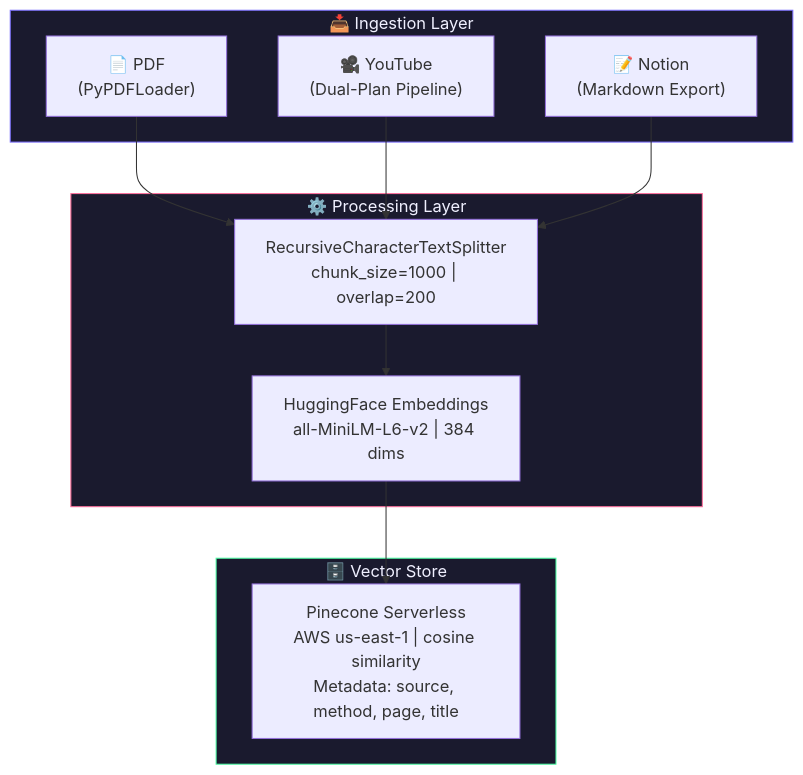
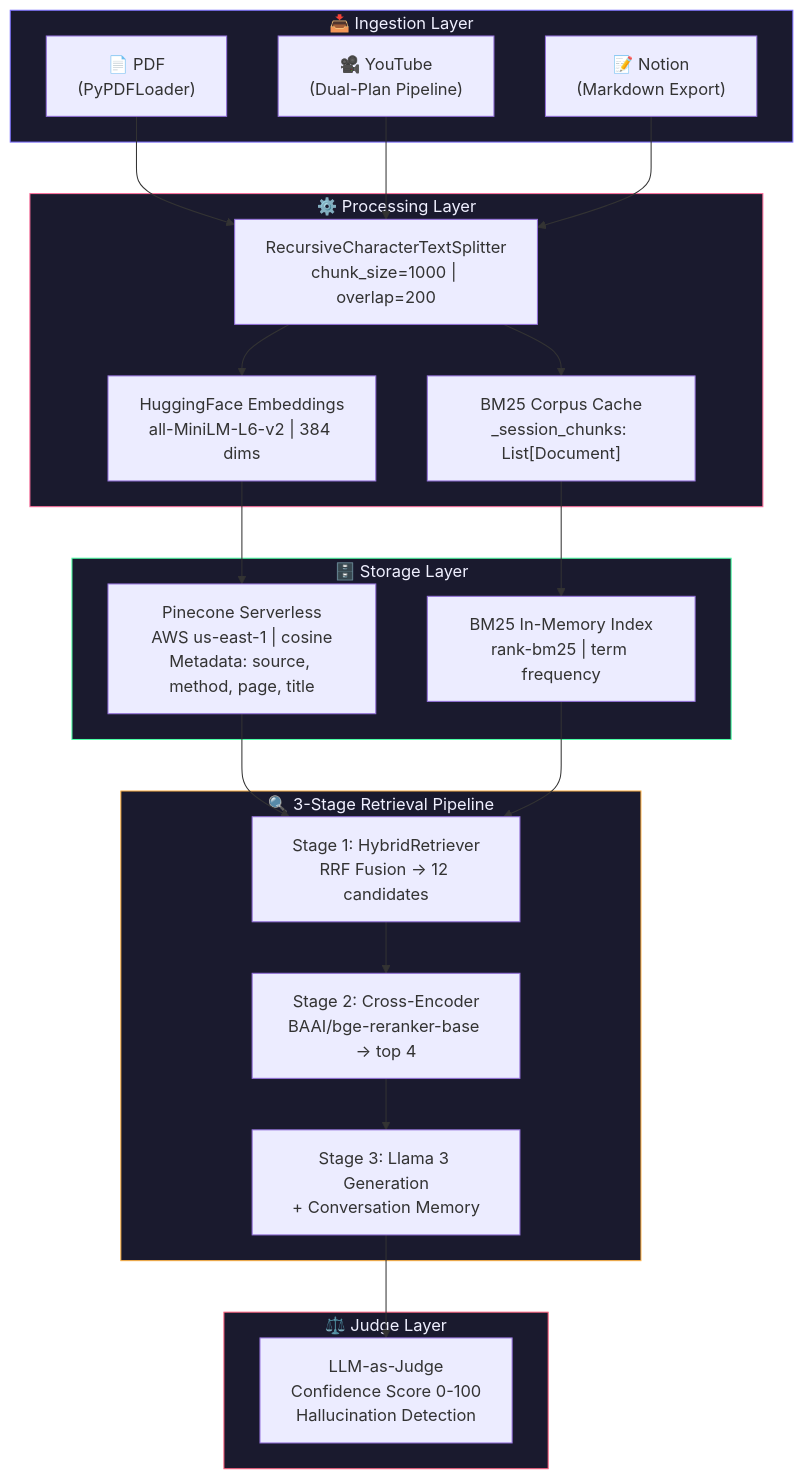
One commit to ratishoberoi/Veritas-RAG changed the first of 6 diagrams in README.md. Above: the diagram before and after it, drawn with Mermaid. The commit also changed other lines of this file and 2 other files, not shown here.

Commit message:
Updated the vector_store and README

````diff
--- a/README.md
+++ b/README.md
@@ -58,27 +66,49 @@
 ```mermaid
 flowchart TD
-    subgraph INGESTION["📥 Ingestion Layer"]
+    subgraph INGEST["📥 Ingestion Layer"]
         PDF["📄 PDF\n(PyPDFLoader)"]
         YT["🎥 YouTube\n(Dual-Plan Pipeline)"]
         NOTION["📝 Notion\n(Markdown Export)"]
     end
 
-    subgraph PROCESSING["⚙️ Processing Layer"]
+    subgraph PROCESS["⚙️ Processing Layer"]
         SPLIT["RecursiveCharacterTextSplitter\nchunk_size=1000 | overlap=200"]
         EMBED["HuggingFace Embeddings\nall-MiniLM-L6-v2 | 384 dims"]
+        BM25CORP["BM25 Corpus Cache\n_session_chunks: List[Document]"]
     end
 
-    subgraph STORAGE["🗄️ Vector Store"]
-        PINE["Pinecone Serverless\nAWS us-east-1 | cosine similarity\nMetadata: source, method, page, title"]
+    subgraph STORE["🗄️ Storage Layer"]
+        PINE["Pinecone Serverless\nAWS us-east-1 | cosine\nMetadata: source, method, page, title"]
+        BM25IDX["BM25 In-Memory Index\nrank-bm25 | term frequency"]
+    end
+
+    subgraph RETRIEVAL["🔍 3-Stage Retrieval Pipeline"]
+        HYBRID["Stage 1: HybridRetriever\nRRF Fusion → 12 candidates"]
+        RERANK["Stage 2: Cross-Encoder\nBAAI/bge-reranker-base → top 4"]
+        GEN["Stage 3: Llama 3 Generation\n+ Conversation Memory"]
+    end
+
+    subgraph EVAL["⚖️ Judge Layer"]
+        JUDGE["LLM-as-Judge\nConfidence Score 0-100\nHallucination Detection"]
     end
 
     PDF --> SPLIT
     YT --> SPLIT
     NOTION --> SPLIT
     SPLIT --> EMBED
+    SPLIT --> BM25CORP
     EMBED --> PINE
+    BM25CORP --> BM25IDX
 
-    style INGESTION fill:#1a1a2e,stroke:#7c6fff,color:#f0f0ff
-    style PROCESSING fill:#1a1a2e,stroke:#ff6f9c,color:#f0f0ff
-    style STORAGE fill:#1a1a2e,stroke:#4dffa6,color:#f0f0ff
+    PINE --> HYBRID
+    BM25IDX --> HYBRID
+    HYBRID --> RERANK
+    RERANK --> GEN
+    GEN --> JUDGE
+
+    style INGEST fill:#1a1a2e,stroke:#7c6fff,color:#f0f0ff
+    style PROCESS fill:#1a1a2e,stroke:#ff6f9c,color:#f0f0ff
+    style STORE fill:#1a1a2e,stroke:#4dffa6,color:#f0f0ff
+    style RETRIEVAL fill:#1a1a2e,stroke:#ffb347,color:#f0f0ff
+    style EVAL fill:#1a1a2e,stroke:#ff5f7e,color:#f0f0ff
 ```
````
